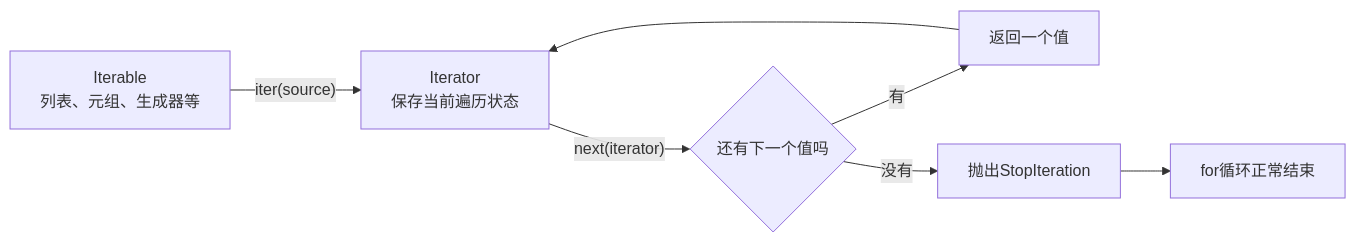
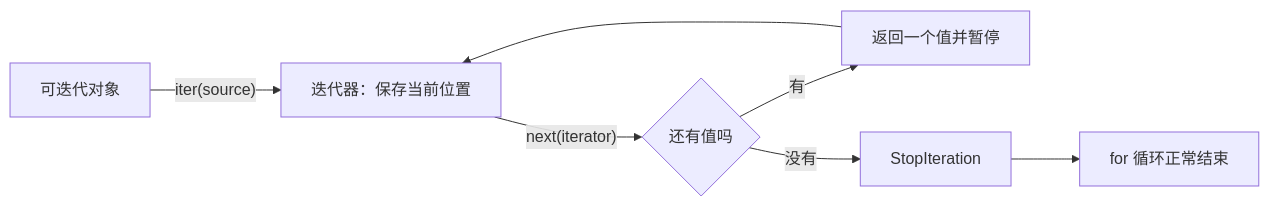
Before and after one commit to cafelemon/become_engineer: the first of 2 diagrams in learning-paths/programming-languages/python-core/03-iterables-iterators-generators.md, drawn with Mermaid. The commit also changed other lines of this file and 205 other files, not shown here.

````diff
--- a/learning-paths/programming-languages/python-core/03-iterables-iterators-generators.md
+++ b/learning-paths/programming-languages/python-core/03-iterables-iterators-generators.md
@@ -87,9 +48,9 @@
-```mermaid
+~~~mermaid
 flowchart LR
-    A["Iterable\n列表、元组、生成器等"] -->|"iter(source)"| B["Iterator\n保存当前遍历状态"]
-    B -->|"next(iterator)"| C{"还有下一个值吗"}
-    C -- "有" --> D["返回一个值"]
+    A["可迭代对象"] -->|"iter(source)"| B["迭代器：保存当前位置"]
+    B -->|"next(iterator)"| C{"还有值吗"}
+    C -->|有| D["返回一个值并暂停"]
     D --> B
-    C -- "没有" --> E["抛出StopIteration"]
-    E --> F["for循环正常结束"]
-```
+    C -->|没有| E["StopIteration"]
+    E --> F["for 循环正常结束"]
+~~~
````
